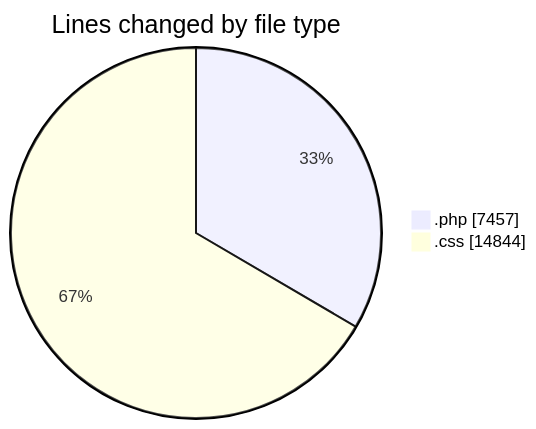
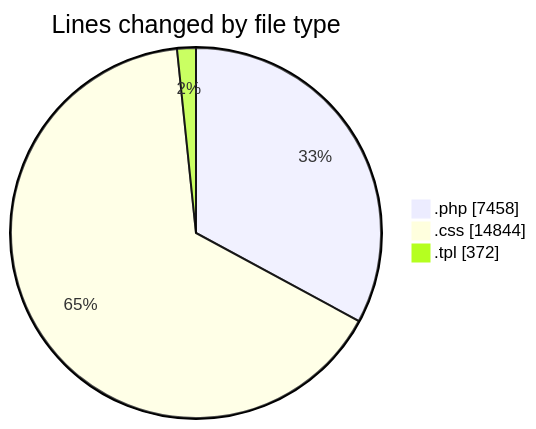
One commit to vahidmafi/code-tracking changed the first of 2 diagrams in 2025-04-17/zeytoon/README.md. Above: the diagram before and after it, drawn with Mermaid. The commit also changed other lines of this file and 1 other file, not shown here.

````diff
--- a/2025-04-17/zeytoon/README.md
+++ b/2025-04-17/zeytoon/README.md
@@ -27,6 +28,7 @@
 ```mermaid
 pie showData
 title Lines changed by file type
-".php" : 7457
+".php" : 7458
 ".css" : 14844
+".tpl" : 372
 ```
````
